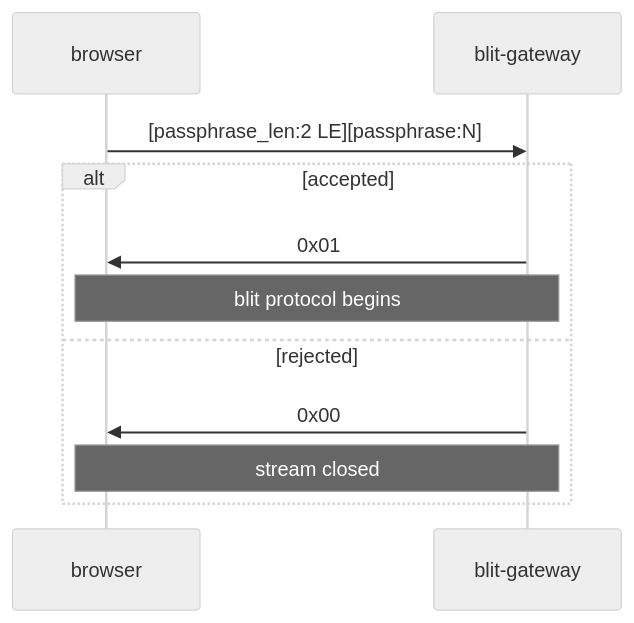
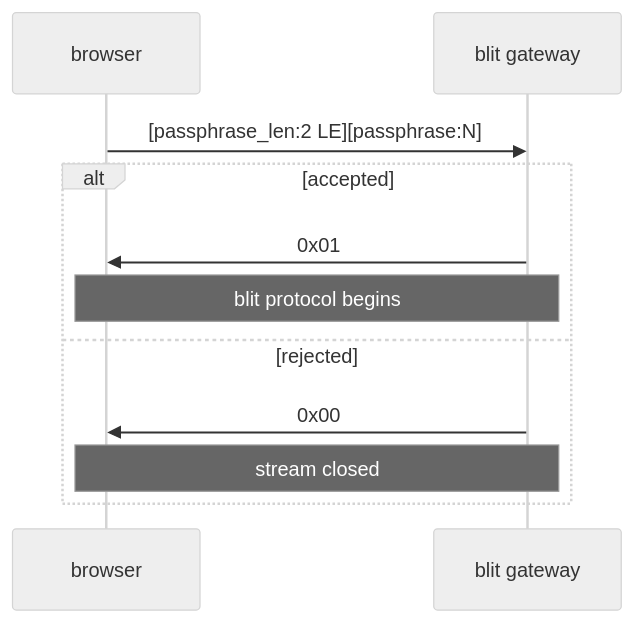
One commit to indent-com/blit changed the third of 9 diagrams in docs/transports.md. Above: the diagram before and after it, drawn with Mermaid (neutral theme). The commit also changed other lines of this file and 101 other files, not shown here.

````diff
--- a/docs/transports.md
+++ b/docs/transports.md
@@ -148,14 +148,14 @@
 ```mermaid
 sequenceDiagram
     participant B as browser
-    participant G as blit-gateway
+    participant G as blit gateway
 
     B->>G: [passphrase_len:2 LE][passphrase:N]
     alt accepted
         G->>B: 0x01
         note over B,G: blit protocol begins
     else rejected
         G->>B: 0x00
         note over B,G: stream closed
     end
 ```
````
